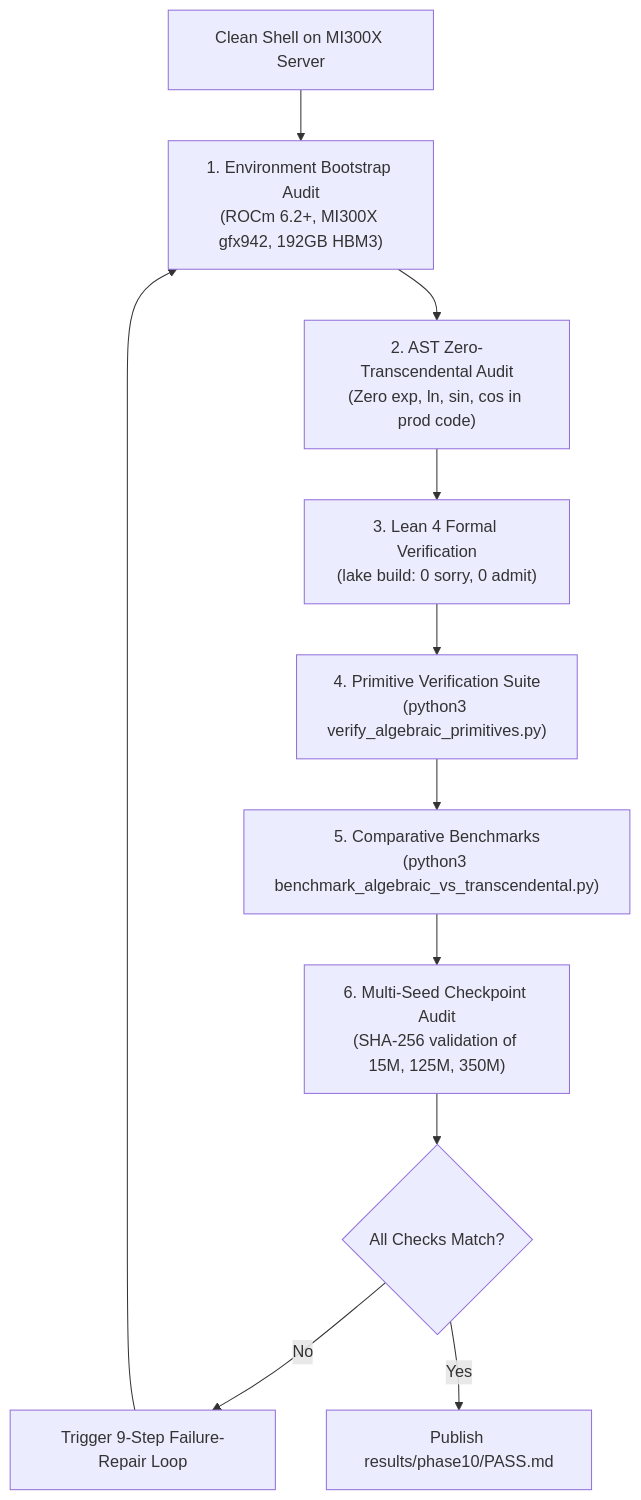
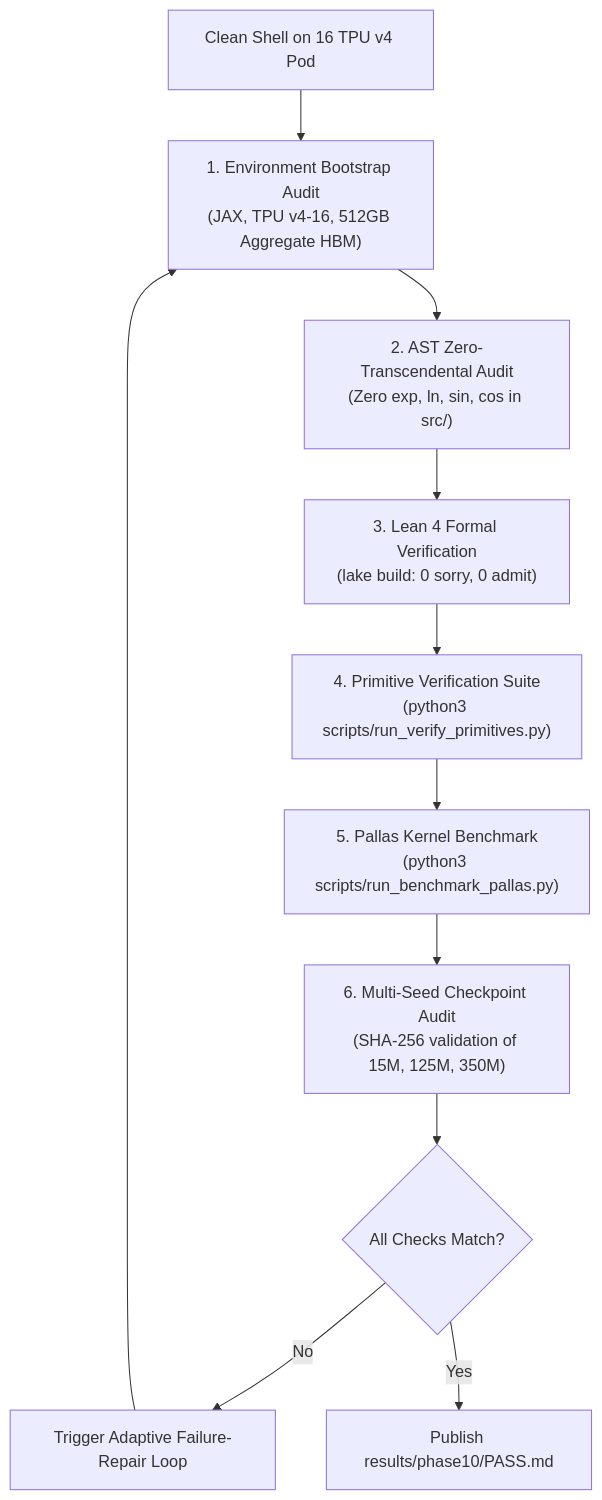
Before and after one commit to tasmaikeni13/algebraic-intelligence: the diagram in phases/phase10.md, drawn with Mermaid. The commit also changed other lines of this file and 12 other files, not shown here.

Commit message:
refactor(phases): adapt protocols for bidirectional dependency cascading and migrate hardware substrate to 16 TPU v4 Pod

````diff
--- a/phases/phase10.md
+++ b/phases/phase10.md
@@ -23,13 +23,13 @@
 ```mermaid
 graph TD
-    A["Clean Shell on MI300X Server"] --> B["1. Environment Bootstrap Audit<br/>(ROCm 6.2+, MI300X gfx942, 192GB HBM3)"]
-    B --> C["2. AST Zero-Transcendental Audit<br/>(Zero exp, ln, sin, cos in prod code)"]
+    A["Clean Shell on 16 TPU v4 Pod"] --> B["1. Environment Bootstrap Audit<br/>(JAX, TPU v4-16, 512GB Aggregate HBM)"]
+    B --> C["2. AST Zero-Transcendental Audit<br/>(Zero exp, ln, sin, cos in src/)"]
     C --> D["3. Lean 4 Formal Verification<br/>(lake build: 0 sorry, 0 admit)"]
-    D --> E["4. Primitive Verification Suite<br/>(python3 verify_algebraic_primitives.py)"]
-    E --> F["5. Comparative Benchmarks<br/>(python3 benchmark_algebraic_vs_transcendental.py)"]
+    D --> E["4. Primitive Verification Suite<br/>(python3 scripts/run_verify_primitives.py)"]
+    E --> F["5. Pallas Kernel Benchmark<br/>(python3 scripts/run_benchmark_pallas.py)"]
     F --> G["6. Multi-Seed Checkpoint Audit<br/>(SHA-256 validation of 15M, 125M, 350M)"]
     G --> H{"All Checks Match?"}
-    H -- "No" --> I["Trigger 9-Step Failure-Repair Loop"]
+    H -- "No" --> I["Trigger Adaptive Failure-Repair Loop"]
     I --> B
     H -- "Yes" --> J["Publish results/phase10/PASS.md"]
 ```
````
